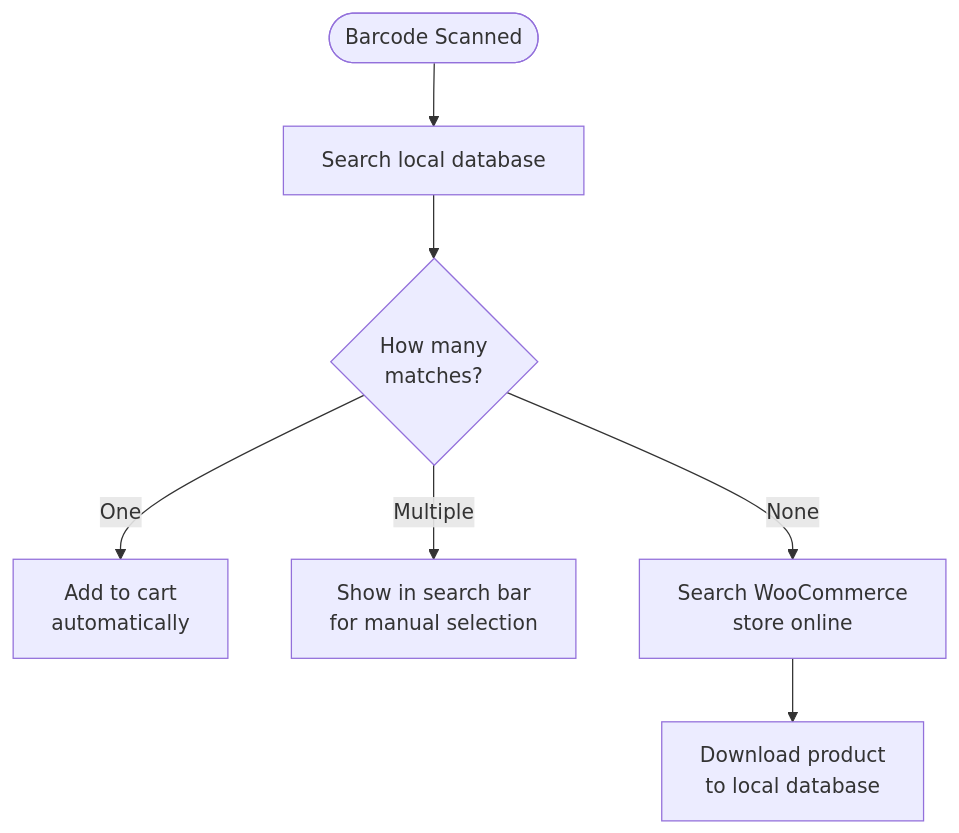
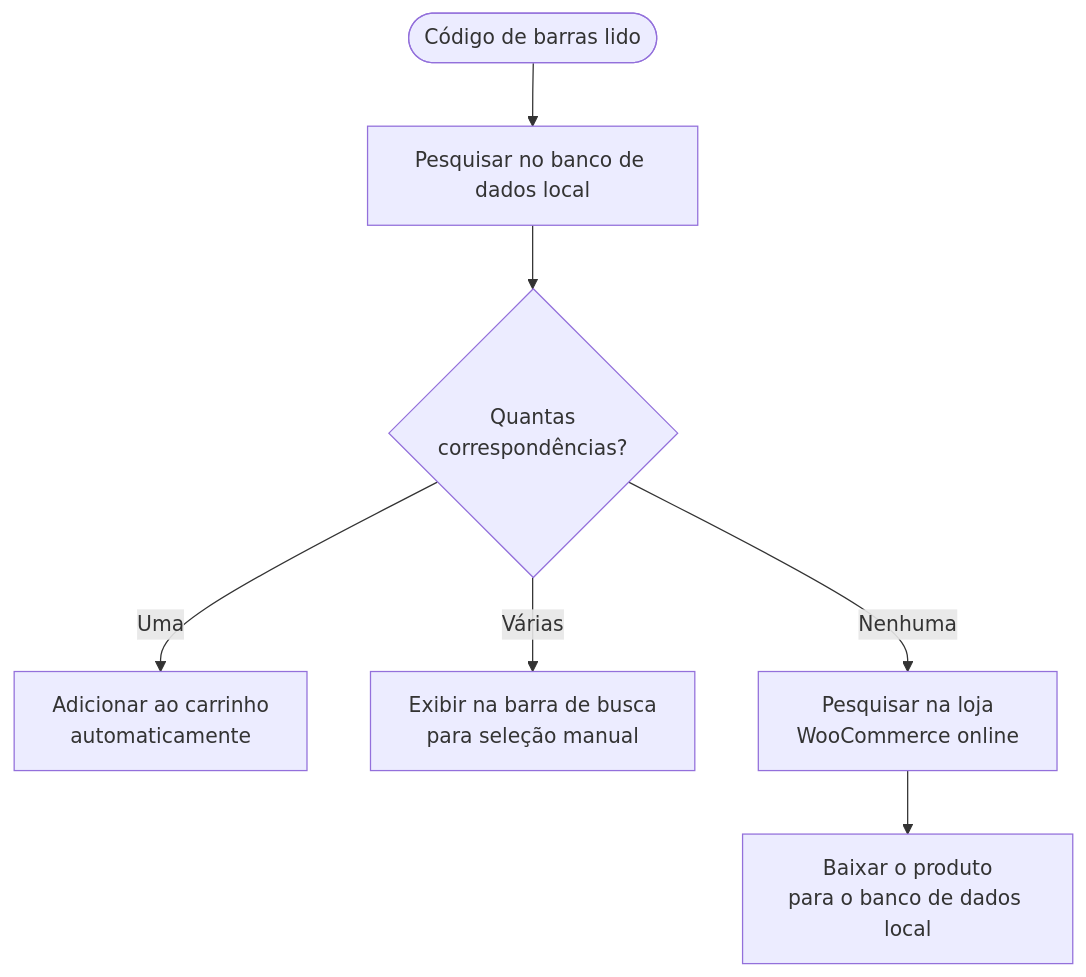
The diagram in i18n/pt-BR/docusaurus-plugin-content-docs/version-1.x/pos/product-panel/barcode-scanning.mdx (wcpos/docs), drawn with Mermaid before and after one commit. The commit also changed other lines of this file and 1148 other files, not shown here.

````diff
--- a/i18n/pt-BR/docusaurus-plugin-content-docs/version-1.x/pos/product-panel/barcode-scanning.mdx
+++ b/i18n/pt-BR/docusaurus-plugin-content-docs/version-1.x/pos/product-panel/barcode-scanning.mdx
@@ -41,9 +65,9 @@
 ```mermaid
 flowchart TD
-    Scan([Barcode Scanned]) --> Lookup[Search local database]
-    Lookup --> Check{How many\nmatches?}
-    Check -->|One| Cart[Add to cart\nautomatically]
-    Check -->|Multiple| Search[Show in search bar\nfor manual selection]
-    Check -->|None| Online[Search WooCommerce\nstore online]
-    Online --> Download[Download product\nto local database]
+    Scan([Código de barras lido]) --> Lookup[Pesquisar no banco de dados local]
+    Lookup --> Check{Quantas\ncorrespondências?}
+    Check -->|Uma| Cart[Adicionar ao carrinho\nautomaticamente]
+    Check -->|Várias| Search[Exibir na barra de busca\npara seleção manual]
+    Check -->|Nenhuma| Online[Pesquisar na loja\nWooCommerce online]
+    Online --> Download[Baixar o produto\npara o banco de dados local]
 ```
````
